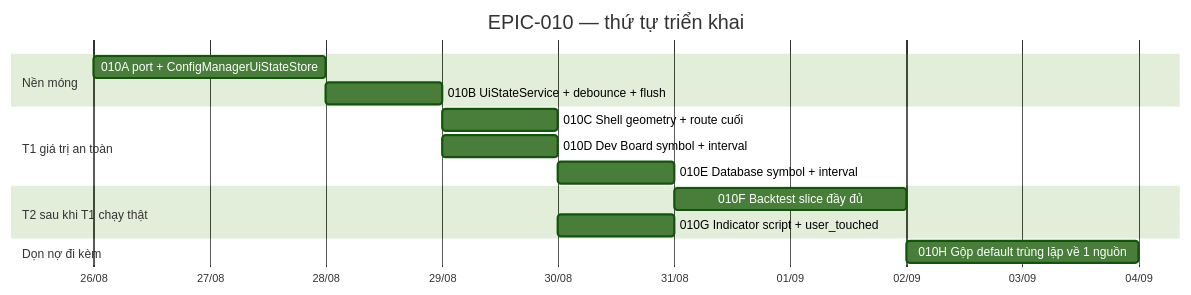
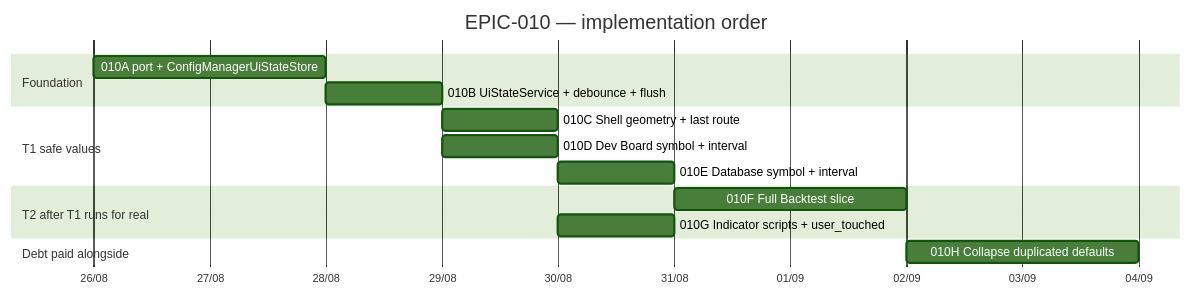
Diagram 11 of 12 in Tasks/epics/EPIC-010_ghi_nho_gia_tri_cuoi/design/DESIGN_2026-08-25_ui_state_persistence.md (anhembedded/Sagittarius_Elite_Warrior), drawn with Mermaid (forest theme) before and after one commit. The commit also changed other lines of this file and 1 other file, not shown here.

First line of the commit message:
docs(epic): translate EPIC-010 design doc and epic README to English

````diff
--- a/Tasks/epics/EPIC-010_ghi_nho_gia_tri_cuoi/design/DESIGN_2026-08-25_ui_state_persistence.md
+++ b/Tasks/epics/EPIC-010_ghi_nho_gia_tri_cuoi/design/DESIGN_2026-08-25_ui_state_persistence.md
@@ -853,22 +879,22 @@
 ```mermaid
 gantt
-    title EPIC-010 — thứ tự triển khai
+    title EPIC-010 — implementation order
     dateFormat YYYY-MM-DD
     axisFormat %d/%m
 
-    section Nền móng
+    section Foundation
     010A port + ConfigManagerUiStateStore      :a1, 2026-08-26, 2d
     010B UiStateService + debounce + flush     :a2, after a1, 1d
 
-    section T1 giá trị an toàn
-    010C Shell geometry + route cuối           :b1, after a2, 1d
+    section T1 safe values
+    010C Shell geometry + last route           :b1, after a2, 1d
     010D Dev Board symbol + interval           :b2, after a2, 1d
     010E Database symbol + interval            :b3, after b2, 1d
 
-    section T2 sau khi T1 chạy thật
-    010F Backtest slice đầy đủ                 :c1, after b3, 2d
-    010G Indicator script + user_touched       :c2, after b2, 1d
+    section T2 after T1 runs for real
+    010F Full Backtest slice                   :c1, after b3, 2d
+    010G Indicator scripts + user_touched      :c2, after b2, 1d
 
-    section Dọn nợ đi kèm
-    010H Gộp default trùng lặp về 1 nguồn      :d1, after c1, 2d
+    section Debt paid alongside
+    010H Collapse duplicated defaults          :d1, after c1, 2d
 ```
````
